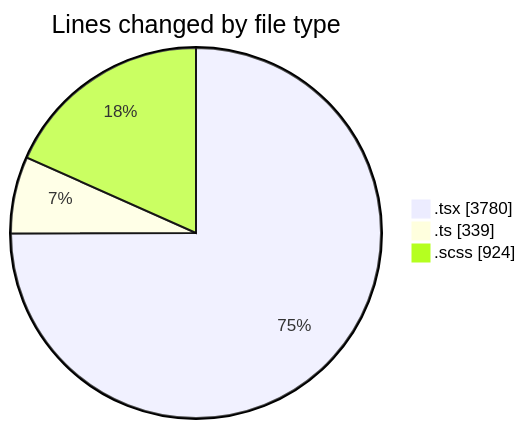
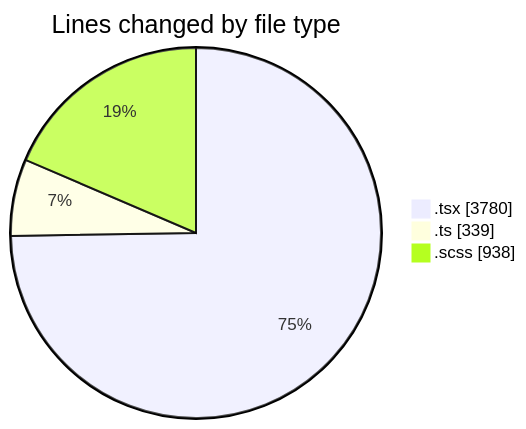
One commit to momahboobian/code-tracking changed the first of 2 diagrams in 2025-07-08/cda/README.md. Above: the diagram before and after it, drawn with Mermaid. The commit also changed other lines of this file and 1 other file, not shown here.

````diff
--- a/2025-07-08/cda/README.md
+++ b/2025-07-08/cda/README.md
@@ -47,7 +47,7 @@
 ```mermaid
 pie showData
 title Lines changed by file type
 ".tsx" : 3780
 ".ts" : 339
-".scss" : 924
+".scss" : 938
 ```
````
